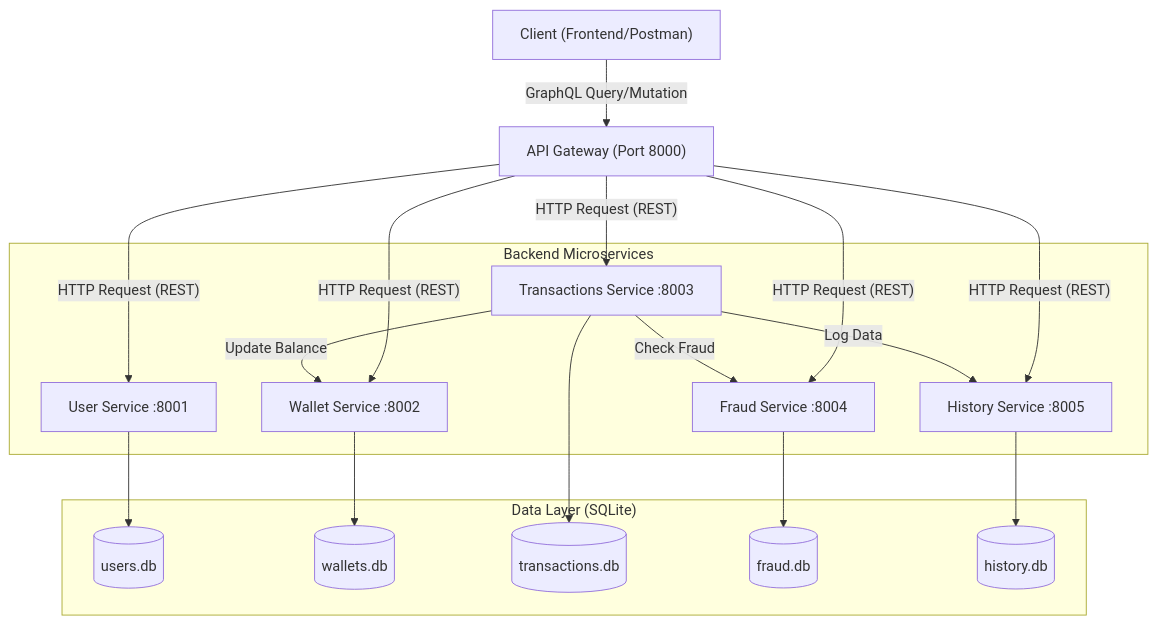
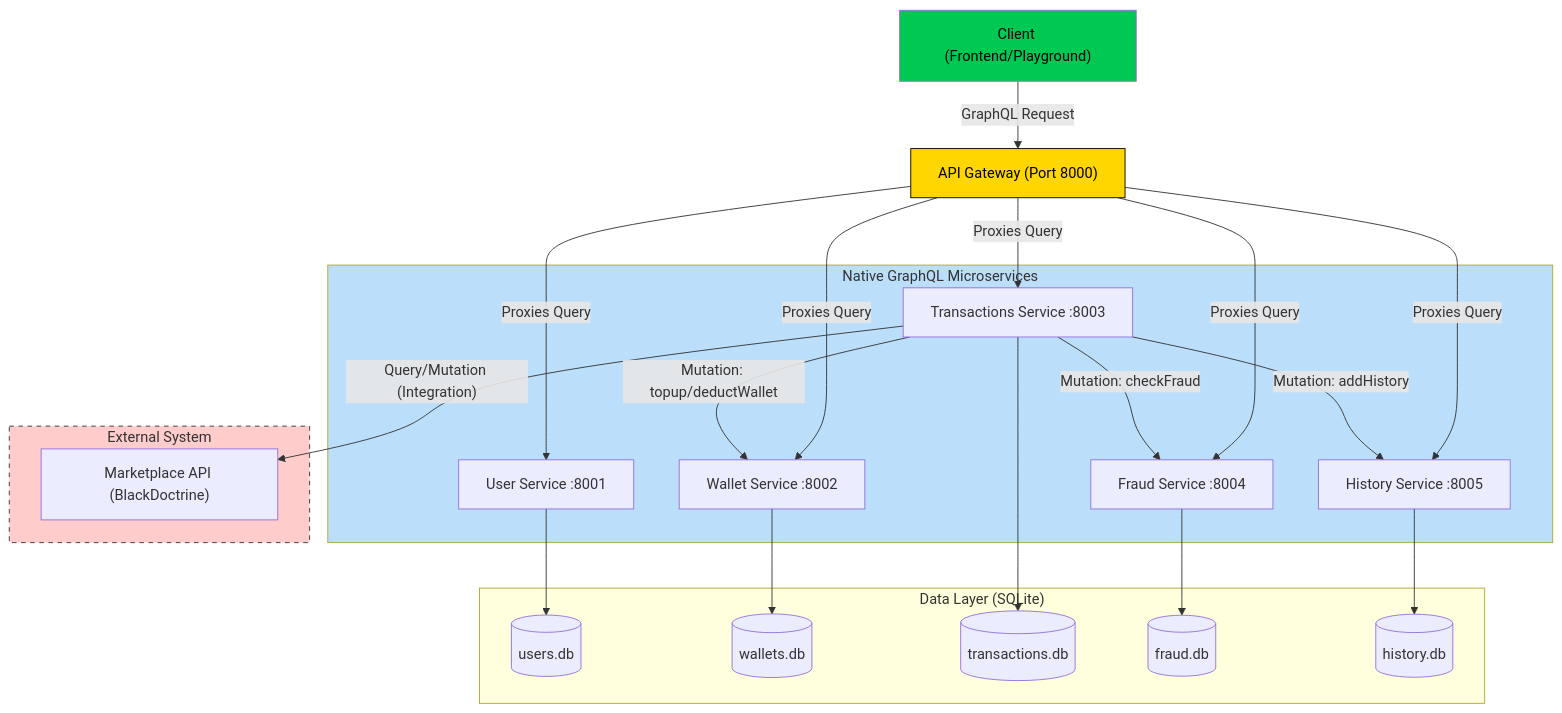
Before and after one commit to AAkmalAmran/Project-UAS-IAE_Dompet-Digital-Sawit: the diagram in readme.md, drawn with Mermaid. The commit also changed other lines of this file, not shown here.

First line of the commit message:
Revise README for Full Native GraphQL Microservices

````diff
--- a/readme.md
+++ b/readme.md
@@ -28,36 +19,46 @@
 ```mermaid
 flowchart TB
-    Client["Client (Frontend/Postman)"] -- GraphQL Query/Mutation --> Gateway["API Gateway (Port 8000)"]
+    Client["Client (Frontend/Playground)"] -- GraphQL Request --> Gateway["API Gateway (Port 8000)"]
     
-    subgraph Services ["Backend Microservices"]
+    subgraph Services ["Native GraphQL Microservices"]
         User["User Service :8001"]
         Wallet["Wallet Service :8002"]
         Trx["Transactions Service :8003"]
         Fraud["Fraud Service :8004"]
         History["History Service :8005"]
     end
 
     subgraph Database ["Data Layer (SQLite)"]
         DB1[("users.db")]
         DB2[("wallets.db")]
         DB3[("transactions.db")]
         DB4[("fraud.db")]
         DB5[("history.db")]
     end
 
-    %% Flow Communication
-    Gateway -- HTTP Request (REST) --> User & Wallet & Trx & Fraud & History
+    subgraph External ["External System"]
+        Marketplace["Marketplace API (BlackDoctrine)"]
+    end
+
+    %% Flow Communication (Gateway Proxy)
+    Gateway -- Proxies Query --> User & Wallet & Trx & Fraud & History
     
-    %% Inter-service Communication
-    Trx -- Check Fraud --> Fraud
-    Trx -- Update Balance --> Wallet
-    Trx -- Log Data --> History
+    %% Inter-service Communication (GraphQL Calls)
+    Trx -- Mutation: checkFraud --> Fraud
+    Trx -- Mutation: topup/deductWallet --> Wallet
+    Trx -- Mutation: addHistory --> History
+    Trx -- Query/Mutation (Integration) --> Marketplace
 
     %% DB Connections
     User --> DB1
     Wallet --> DB2
     Trx --> DB3
     Fraud --> DB4
     History --> DB5
 
+    style Gateway fill:#FFD600,color:#000000,stroke:#000
+    style Client fill:#00C853,color:#000000
+    style Services fill:#BBDEFB
+    style External fill:#ffcccc,stroke:#333,stroke-dasharray: 5 5
+
 ```
````
